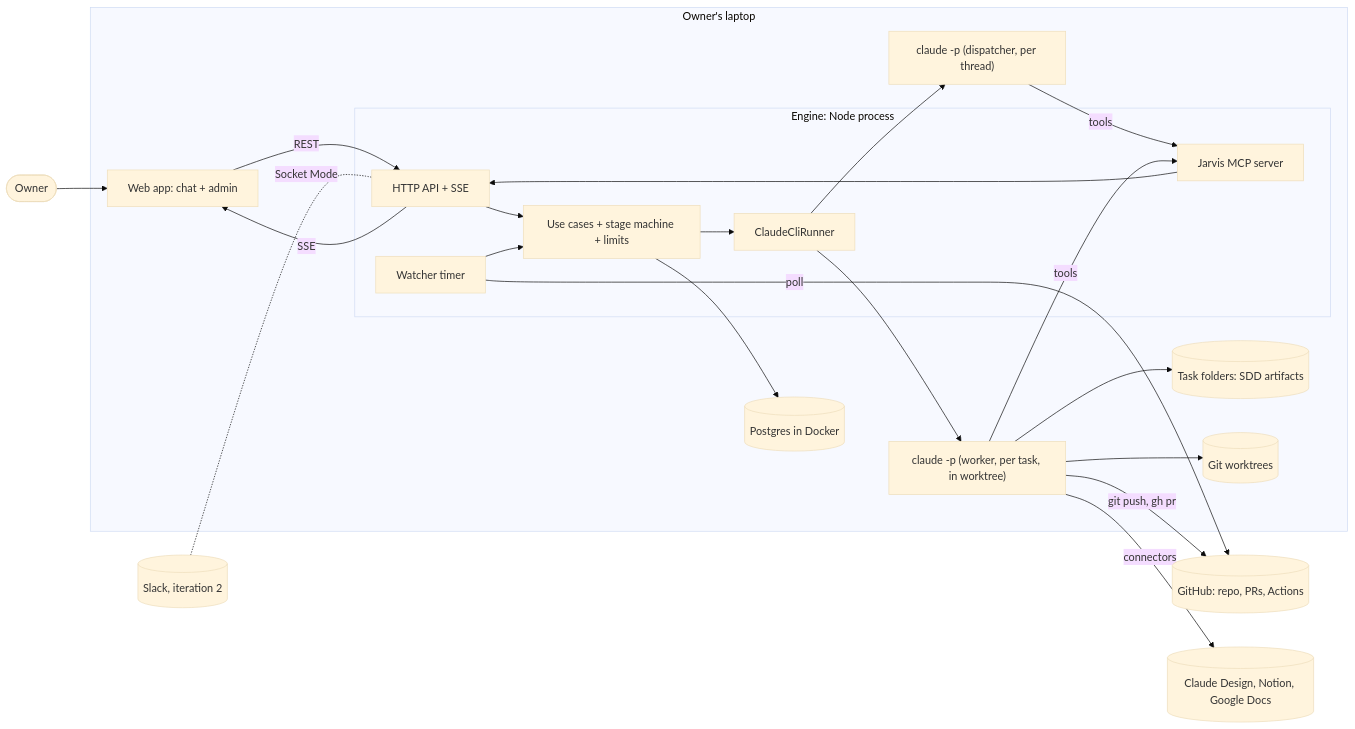
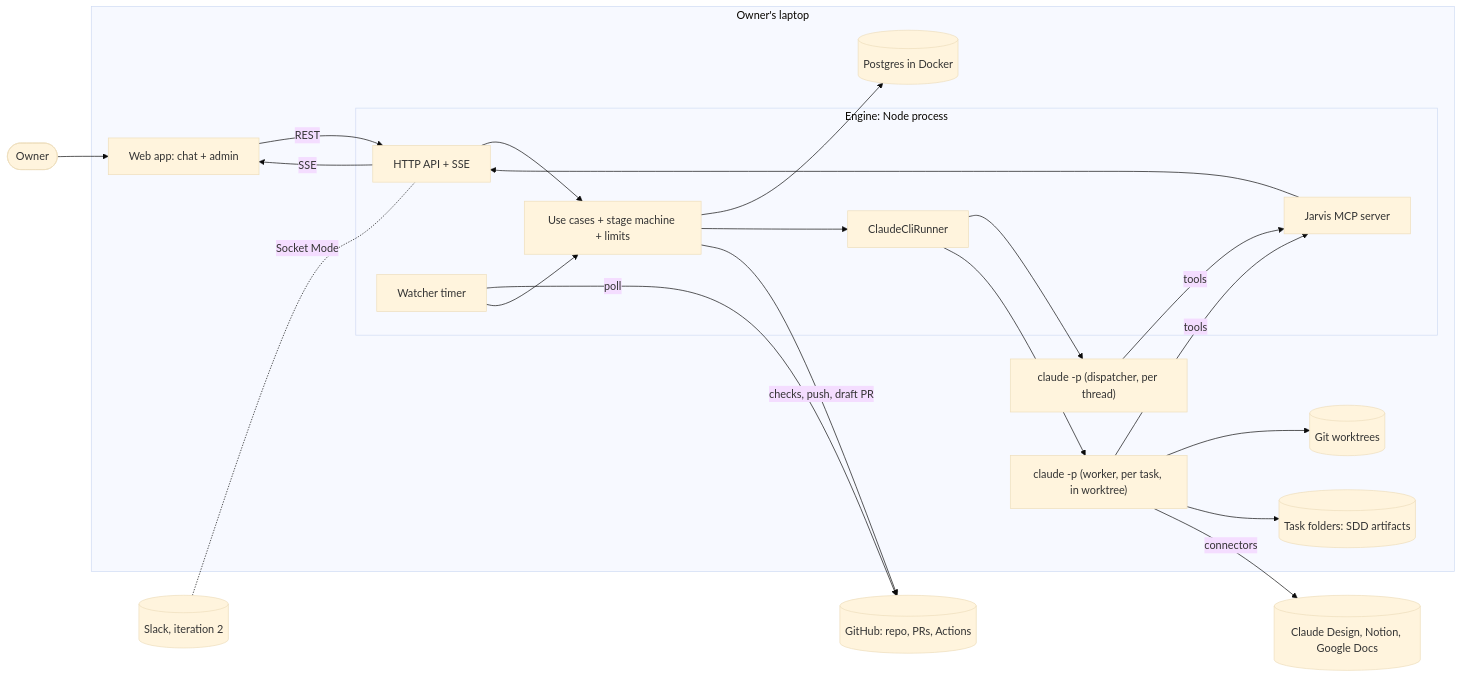
The first of 2 diagrams in docs/architecture/README.md (Muao/jarvis-agent), drawn with Mermaid (base theme) before and after one commit. The commit also changed other lines of this file and 18 other files, not shown here.

````diff
--- a/docs/architecture/README.md
+++ b/docs/architecture/README.md
@@ -15,35 +15,35 @@
 ```mermaid
 flowchart LR
     owner([Owner])
     subgraph laptop[Owner's laptop]
         web[Web app: chat + admin]
         subgraph engine[Engine: Node process]
             http[HTTP API + SSE]
             uc[Use cases + stage machine + limits]
             runner[ClaudeCliRunner]
             watcher[Watcher timer]
             mcp[Jarvis MCP server]
         end
         pg[(Postgres in Docker)]
         claude1["claude -p (dispatcher, per thread)"]
         claude2["claude -p (worker, per task, in worktree)"]
         files[(Task folders: SDD artifacts)]
         repo[(Git worktrees)]
     end
     gh[(GitHub: repo, PRs, Actions)]
     slack[(Slack, iteration 2)]
     src[(Claude Design, Notion, Google Docs)]
 
     owner --> web
     web -- REST --> http
     http -- SSE --> web
     http --> uc --> pg
     uc --> runner --> claude1 & claude2
     claude1 & claude2 -- tools --> mcp --> http
     claude2 --> repo & files
     claude2 -- connectors --> src
-    claude2 -- git push, gh pr --> gh
+    uc -- checks, push, draft PR --> gh
     watcher -- poll --> gh
     watcher --> uc
     slack -. Socket Mode .- http
 ```
````
